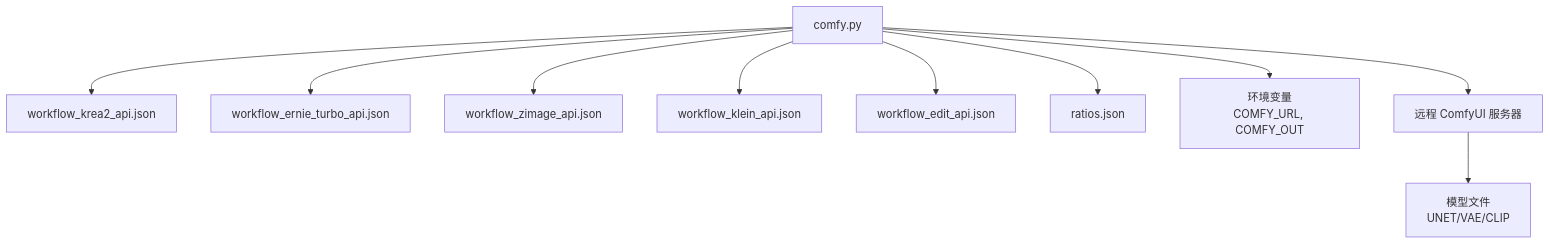
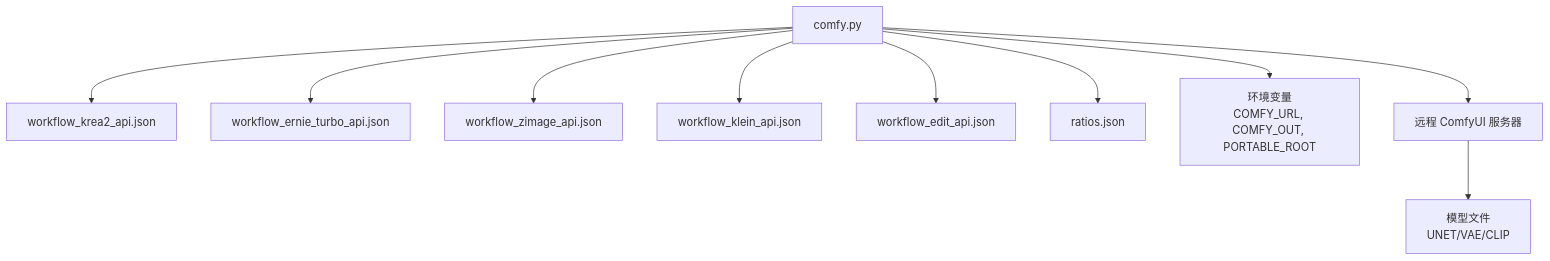
Before and after one commit to swond-Mao/Tiffa: the eighth of 8 diagrams in .qoder/repowiki/zh/content/技能系统/图像处理技能/ComfyUI 图像生成.md, drawn with Mermaid. The commit also changed other lines of this file and 359 other files, not shown here.

````diff
--- a/.qoder/repowiki/zh/content/技能系统/图像处理技能/ComfyUI 图像生成.md
+++ b/.qoder/repowiki/zh/content/技能系统/图像处理技能/ComfyUI 图像生成.md
@@ -333,12 +356,12 @@
 ```mermaid
 graph TB
 CLI["comfy.py"] --> WF1["workflow_krea2_api.json"]
 CLI --> WF2["workflow_ernie_turbo_api.json"]
 CLI --> WF3["workflow_zimage_api.json"]
 CLI --> WF4["workflow_klein_api.json"]
 CLI --> WF5["workflow_edit_api.json"]
 CLI --> RATIO["ratios.json"]
-CLI --> ENV["环境变量<br/>COMFY_URL, COMFY_OUT"]
+CLI --> ENV["环境变量<br/>COMFY_URL, COMFY_OUT, PORTABLE_ROOT"]
 CLI --> SERVER["远程 ComfyUI 服务器"]
 SERVER --> MODELS["模型文件<br/>UNET/VAE/CLIP"]
 ```
````
